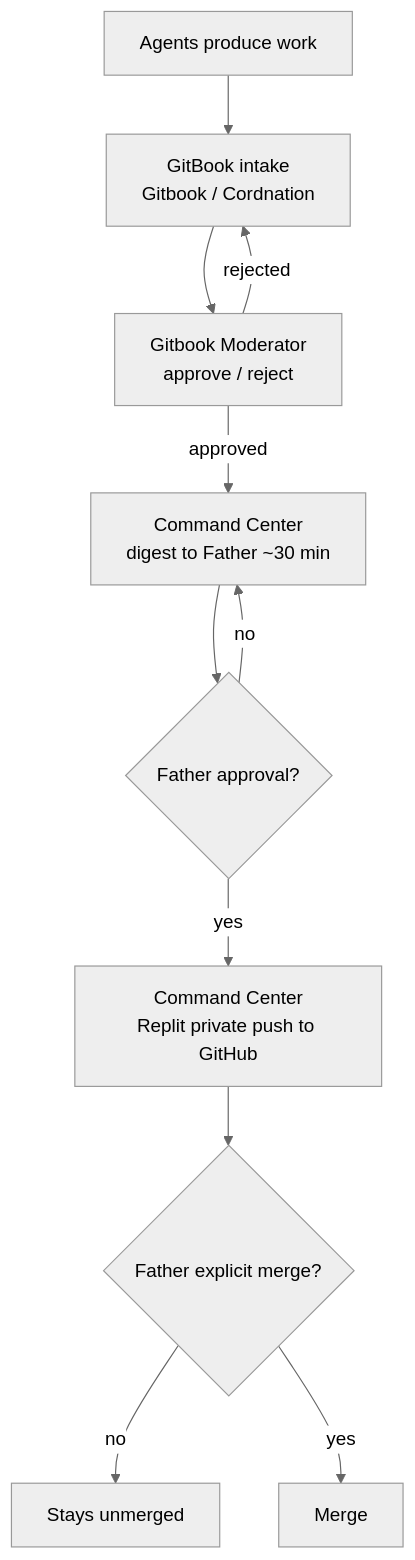
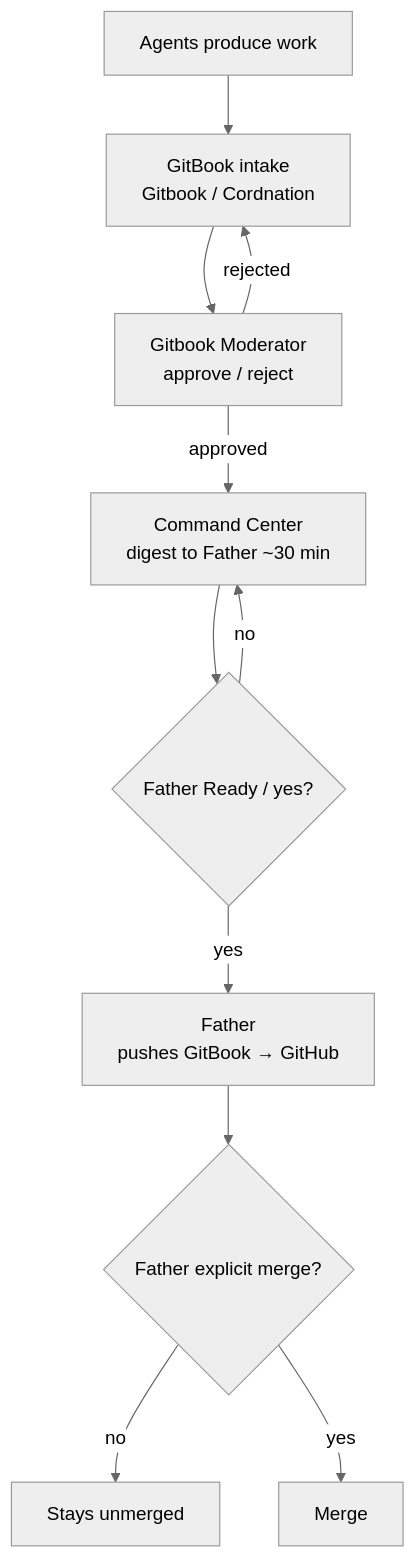
The diagram in mesh/flow.md (vitalitychems-dot/Gitbook), drawn with Mermaid (neutral theme) before and after one commit. The commit also changed other lines of this file and 7 other files, not shown here.

Commit message:
Reconcile mesh roster and GitHub push authority

````diff
--- a/mesh/flow.md
+++ b/mesh/flow.md
@@ -14,13 +14,13 @@
 ```mermaid
 flowchart TD
   A[Agents produce work] --> B[GitBook intake<br/>Gitbook / Cordnation]
   B --> C[Gitbook Moderator<br/>approve / reject]
   C -->|approved| D[Command Center<br/>digest to Father ~30 min]
   C -->|rejected| B
-  D --> E{Father approval?}
+  D --> E{Father Ready / yes?}
   E -->|no| D
-  E -->|yes| F[Command Center<br/>Replit private push to GitHub]
+  E -->|yes| F[Father<br/>pushes GitBook → GitHub]
   F --> G{Father explicit merge?}
   G -->|no| H[Stays unmerged]
   G -->|yes| I[Merge]
 ```
````
